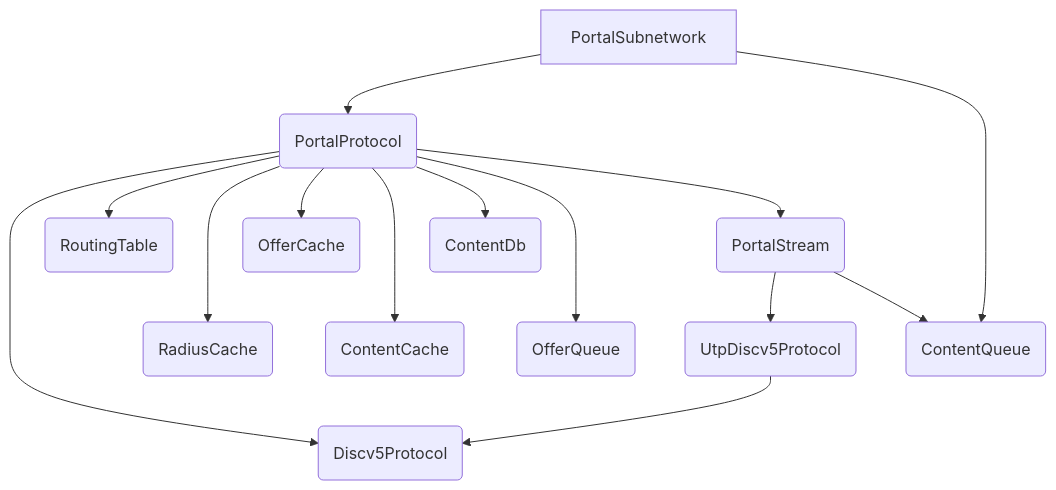
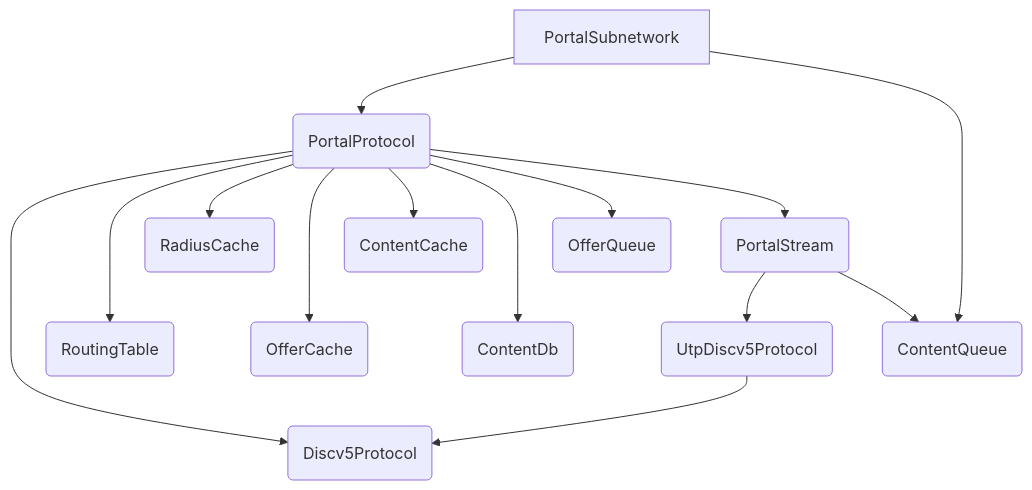
Before and after one commit to status-im/nimbus-eth1: the second of 3 diagrams in fluffy/docs/the_fluffy_book/docs/architecture.md, drawn with Mermaid. The commit also changed other lines of this file, not shown here.

Commit message:
Completed copy for architecture documentation.

````diff
--- a/fluffy/docs/the_fluffy_book/docs/architecture.md
+++ b/fluffy/docs/the_fluffy_book/docs/architecture.md
@@ -20,17 +30,17 @@
 ```mermaid
 
 graph TD;
     PortalSubnetwork --> id1(PortalProtocol)
     PortalSubnetwork --> id2(ContentQueue)
     id1(PortalProtocol) --> id3(Discv5Protocol)
-    id1(PortalProtocol) --> id4(RoutingTable)
-    id1(PortalProtocol) ---> id5(RadiusCache)
-    id1(PortalProtocol) --> id6(OfferCache)
-    id1(PortalProtocol) ---> id7(ContentCache)
-    id1(PortalProtocol) --> id8(ContentDb)
-    id1(PortalProtocol) ---> id9(OfferQueue)
+    id1(PortalProtocol) ---> id4(RoutingTable)
+    id1(PortalProtocol) --> id5(RadiusCache)
+    id1(PortalProtocol) ---> id6(OfferCache)
+    id1(PortalProtocol) --> id7(ContentCache)
+    id1(PortalProtocol) ---> id8(ContentDb)
+    id1(PortalProtocol) --> id9(OfferQueue)
     id1(PortalProtocol) --> id10(PortalStream)
     id10(PortalStream) --> id11(UtpDiscv5Protocol)
     id10(PortalStream) --> id2(ContentQueue)
     id11(UtpDiscv5Protocol) --> id3(Discv5Protocol)
 ```
````
